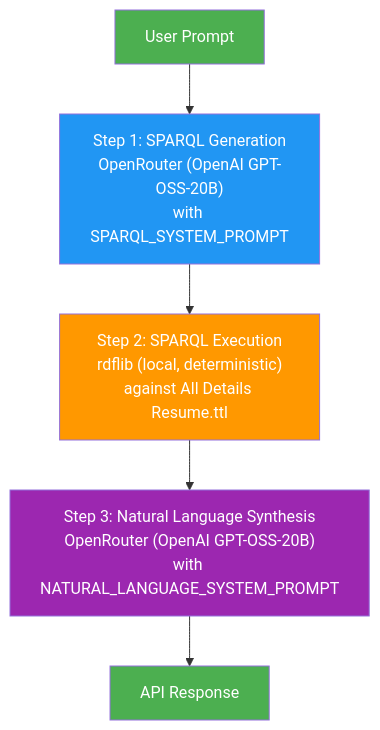
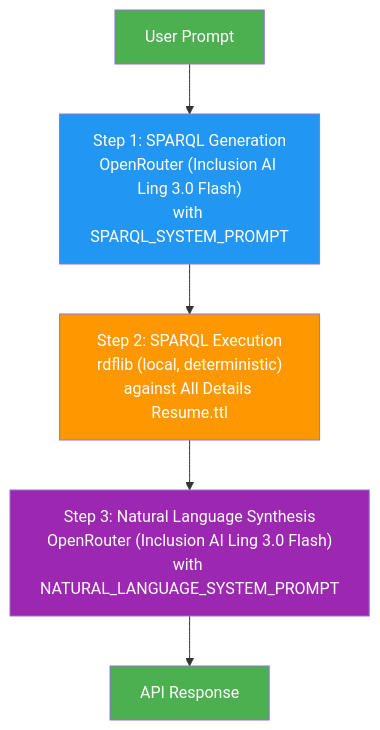
The first of 2 diagrams in README.md (dooa-ansari/personal-knowledge-graph-LLM), drawn with Mermaid before and after one commit. The commit also changed other lines of this file and 4 other files, not shown here.

````diff
--- a/README.md
+++ b/README.md
@@ -202,13 +202,13 @@
 ```mermaid
 flowchart TD
-    A[User Prompt] --> B["Step 1: SPARQL Generation<br/>OpenRouter (OpenAI GPT-OSS-20B)<br/>with SPARQL_SYSTEM_PROMPT"]
+    A[User Prompt] --> B["Step 1: SPARQL Generation<br/>OpenRouter (Inclusion AI Ling 3.0 Flash)<br/>with SPARQL_SYSTEM_PROMPT"]
     B --> C["Step 2: SPARQL Execution<br/>rdflib (local, deterministic)<br/>against All Details Resume.ttl"]
-    C --> D["Step 3: Natural Language Synthesis<br/>OpenRouter (OpenAI GPT-OSS-20B)<br/>with NATURAL_LANGUAGE_SYSTEM_PROMPT"]
+    C --> D["Step 3: Natural Language Synthesis<br/>OpenRouter (Inclusion AI Ling 3.0 Flash)<br/>with NATURAL_LANGUAGE_SYSTEM_PROMPT"]
     D --> E[API Response]
 
     style A fill:#4CAF50,color:#fff
     style B fill:#2196F3,color:#fff
     style C fill:#FF9800,color:#fff
     style D fill:#9C27B0,color:#fff
     style E fill:#4CAF50,color:#fff
 ```
````
